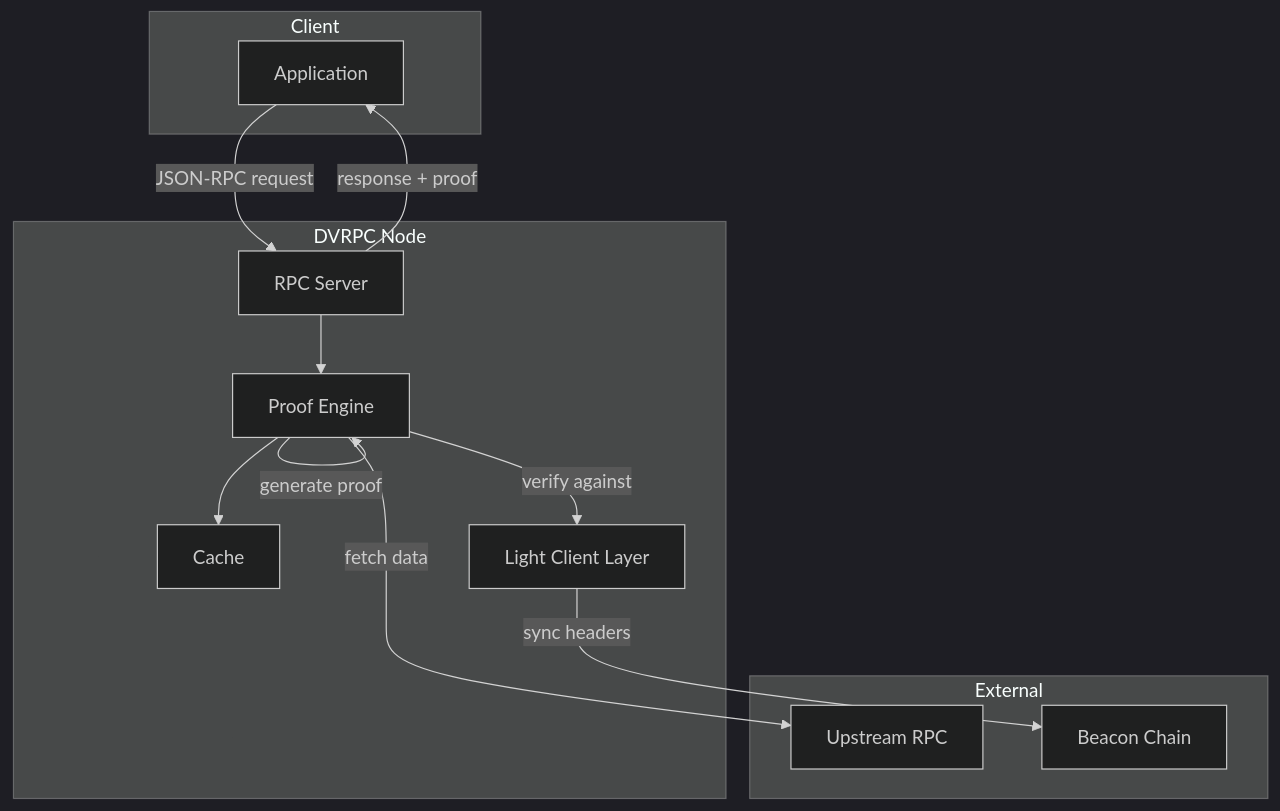
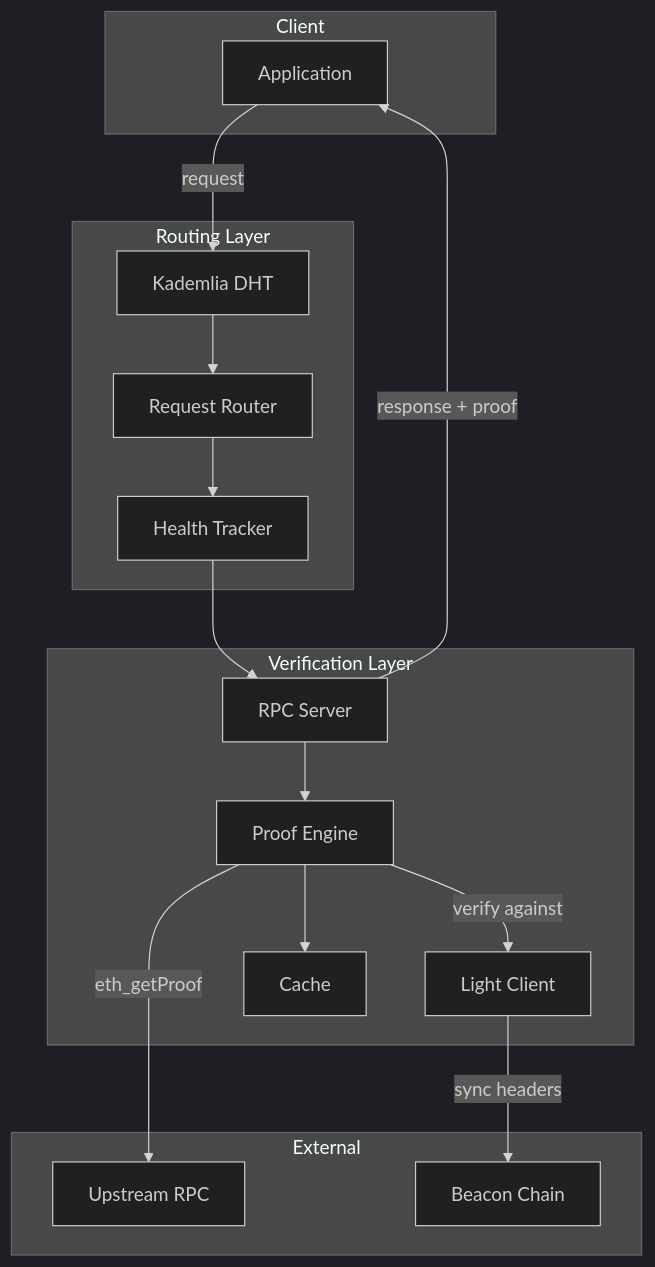
Before and after one commit to dvrpc-eth/dvrpc-docs: the first of 6 diagrams in diagrams/architecture.md, drawn with Mermaid (dark theme). The commit also changed other lines of this file and 7 other files, not shown here.

````diff
--- a/diagrams/architecture.md
+++ b/diagrams/architecture.md
@@ -7,27 +7,35 @@
 ```mermaid
 flowchart TB
     subgraph Client
         APP[Application]
     end
 
-    subgraph DVRPC["DVRPC Node"]
+    subgraph RoutingLayer["Routing Layer"]
+        DHT[Kademlia DHT]
+        ROUTE[Request Router]
+        HEALTH[Health Tracker]
+    end
+
+    subgraph VerificationLayer["Verification Layer"]
         RPC[RPC Server]
         PE[Proof Engine]
-        LC[Light Client Layer]
+        LC[Light Client]
         CACHE[Cache]
     end
 
     subgraph External
         UPSTREAM[Upstream RPC]
         BEACON[Beacon Chain]
     end
 
-    APP -->|JSON-RPC request| RPC
+    APP -->|request| DHT
+    DHT --> ROUTE
+    ROUTE --> HEALTH
+    HEALTH --> RPC
     RPC --> PE
-    PE -->|fetch data| UPSTREAM
+    PE -->|eth_getProof| UPSTREAM
     LC -->|sync headers| BEACON
     PE -->|verify against| LC
-    PE -->|generate proof| PE
     PE --> CACHE
     RPC -->|response + proof| APP
 ```
````
